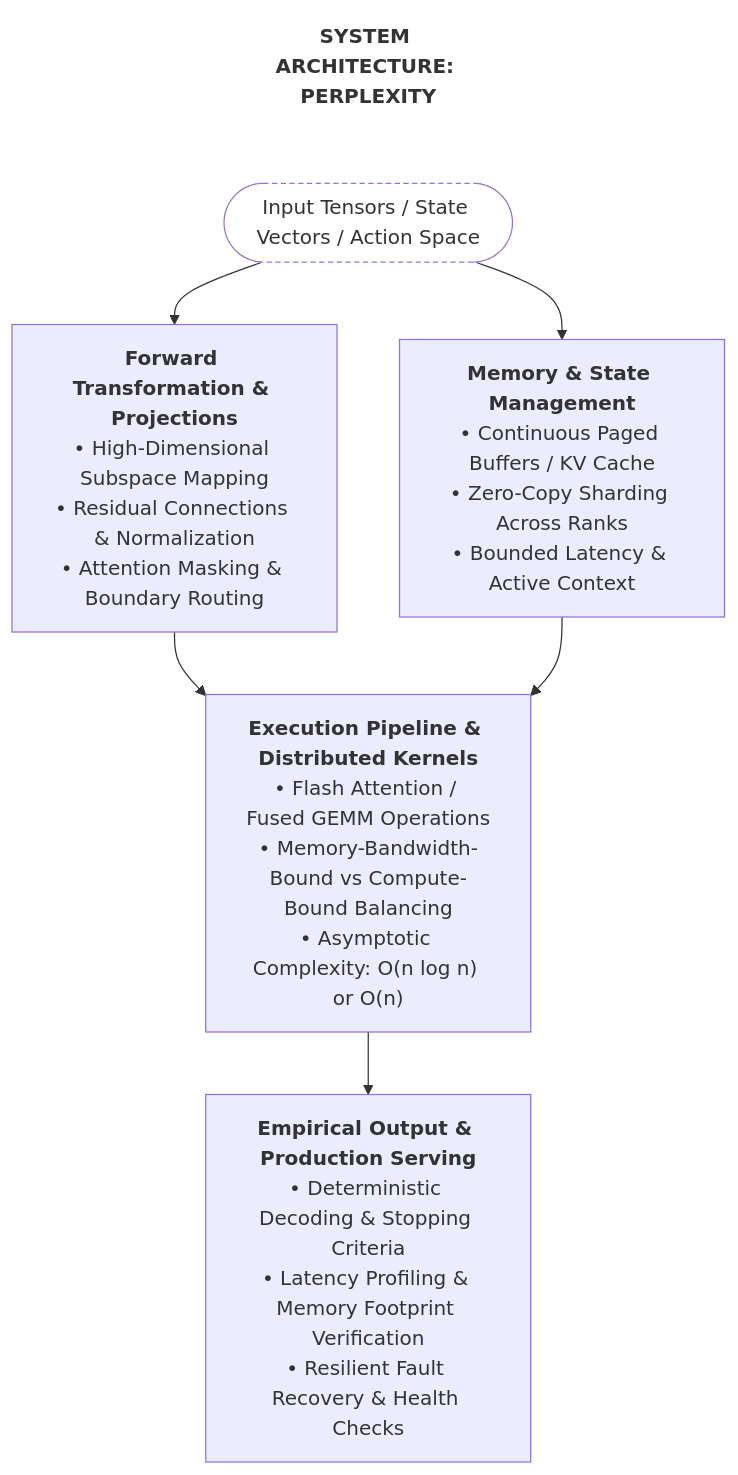
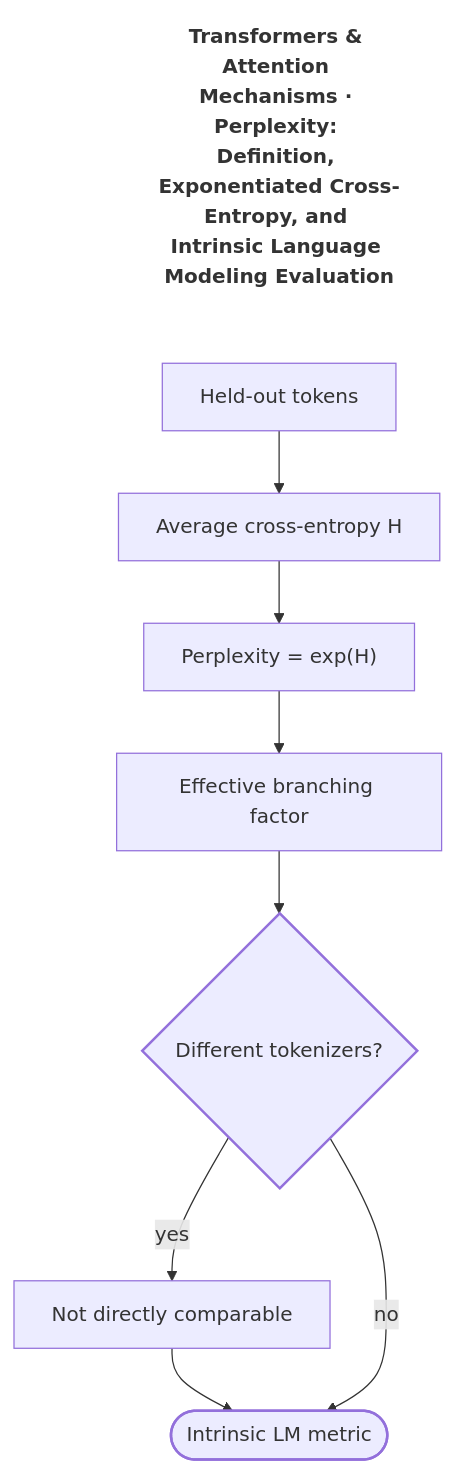
Before and after one commit to SahajIVVIX-1/blogs: the diagram in src/content/posts/2025/12/2025-12-18-tf-104-perplexity.md, drawn with Mermaid. The commit also changed 457 other files, not shown here.

Commit message:
content: study flowcharts phases 8-12

````diff
--- a/src/content/posts/2025/12/2025-12-18-tf-104-perplexity.md
+++ b/src/content/posts/2025/12/2025-12-18-tf-104-perplexity.md
@@ -48,17 +48,25 @@
 ```mermaid
 flowchart TD
-    T(["SYSTEM ARCHITECTURE: PERPLEXITY"]):::title
-    I(["Input Tensors / State Vectors / Action Space"]):::io
-    L["<b>Forward Transformation #amp; Projections</b><br/>• High-Dimensional Subspace Mapping<br/>• Residual Connections #amp; Normalization<br/>• Attention Masking #amp; Boundary Routing"]
-    R["<b>Memory #amp; State Management</b><br/>• Continuous Paged Buffers / KV Cache<br/>• Zero-Copy Sharding Across Ranks<br/>• Bounded Latency #amp; Active Context"]
-    E["<b>Execution Pipeline #amp; Distributed Kernels</b><br/>• Flash Attention / Fused GEMM Operations<br/>• Memory-Bandwidth-Bound vs Compute-Bound Balancing<br/>• Asymptotic Complexity: O(n log n) or O(n)"]
-    O["<b>Empirical Output #amp; Production Serving</b><br/>• Deterministic Decoding #amp; Stopping Criteria<br/>• Latency Profiling #amp; Memory Footprint Verification<br/>• Resilient Fault Recovery #amp; Health Checks"]
-    T ~~~ I
-    I --> L
-    I --> R
-    L --> E
-    R --> E
-    E --> O
+    T(["Transformers #amp; Attention Mechanisms · Perplexity: Definition, Exponentiated Cross-Entropy, and Intrinsic Language Modeling Evaluation"]):::title
+    a["Held-out tokens"]
+    b["Average cross-entropy H"]
+    c["Perplexity = exp(H)"]
+    d["Effective branching factor"]
+    e{"Different tokenizers?"}
+    f["Not directly comparable"]
+    g(["Intrinsic LM metric"])
+    T ~~~ a
+    a --> b
+    b --> c
+    c --> d
+    d --> e
+    e -- "yes" --> f
+    f --> g
+    e -- "no" --> g
+    class e dec
+    class g term
     classDef title fill:transparent,stroke:transparent,font-weight:700;
-    classDef io fill:transparent,stroke-dasharray:4 3;
+    classDef term stroke-width:2px;
+    classDef store stroke-dasharray:4 3;
+    classDef dec stroke-width:2px;
 ```
````
